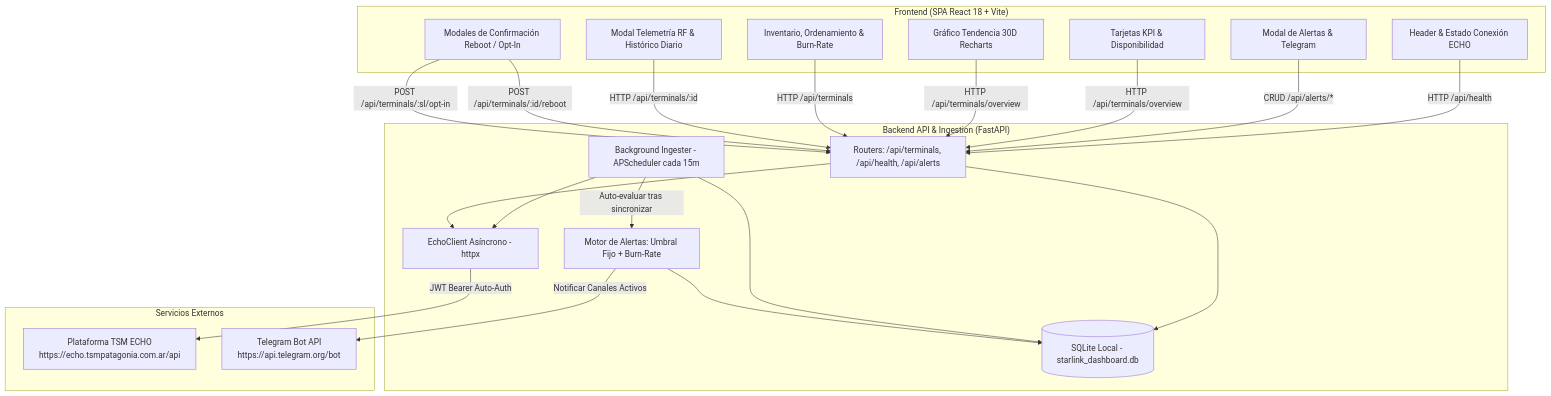
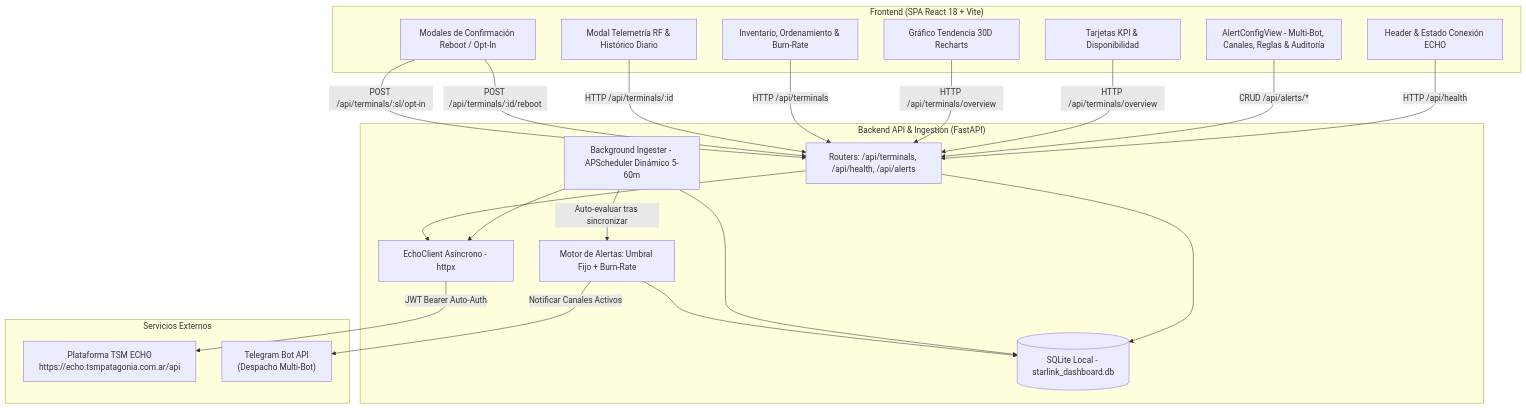
Before and after one commit to larentimatias7-oss/startlnk: the first of 2 diagrams in README.md, drawn with Mermaid. The commit also changed other lines of this file and 4 other files, not shown here.

````diff
--- a/README.md
+++ b/README.md
@@ -56,43 +59,43 @@
 ```mermaid
 graph TD
     subgraph Frontend ["Frontend (SPA React 18 + Vite)"]
         UI_Head[Header & Estado Conexión ECHO]
-        UI_Alerts[Modal de Alertas & Telegram]
+        UI_Alerts[AlertConfigView - Multi-Bot, Canales, Reglas & Auditoría]
         UI_KPIs[Tarjetas KPI & Disponibilidad]
         UI_Chart[Gráfico Tendencia 30D Recharts]
         UI_Table[Inventario, Ordenamiento & Burn-Rate]
         UI_Detail[Modal Telemetría RF & Histórico Diario]
         UI_Modals[Modales de Confirmación Reboot / Opt-In]
     end
 
     subgraph Backend ["Backend API & Ingestion (FastAPI)"]
         API[Routers: /api/terminals, /api/health, /api/alerts]
         AlertsEng[Motor de Alertas: Umbral Fijo + Burn-Rate]
-        Worker[Background Ingester - APScheduler cada 15m]
+        Worker[Background Ingester - APScheduler Dinámico 5-60m]
         Client[EchoClient Asíncrono - httpx]
         ORM[(SQLite Local - starlink_dashboard.db)]
     end
 
     subgraph External ["Servicios Externos"]
         ECHO_API["Plataforma TSM ECHO\nhttps://echo.tsmpatagonia.com.ar/api"]
-        TG_API["Telegram Bot API\nhttps://api.telegram.org/bot<token>"]
+        TG_API["Telegram Bot API\n(Despacho Multi-Bot)"]
     end
 
     UI_Head -->|HTTP /api/health| API
     UI_Alerts -->|CRUD /api/alerts/*| API
     UI_KPIs -->|HTTP /api/terminals/overview| API
     UI_Chart -->|HTTP /api/terminals/overview| API
     UI_Table -->|HTTP /api/terminals| API
     UI_Detail -->|HTTP /api/terminals/:id| API
     UI_Modals -->|POST /api/terminals/:id/reboot| API
     UI_Modals -->|POST /api/terminals/:sl/opt-in| API
 
     API --> ORM
     Worker --> ORM
     Worker --> Client
     Worker -->|Auto-evaluar tras sincronizar| AlertsEng
     AlertsEng --> ORM
     AlertsEng -->|Notificar Canales Activos| TG_API
     API --> Client
     Client -->|JWT Bearer Auto-Auth| ECHO_API
 ```
````
